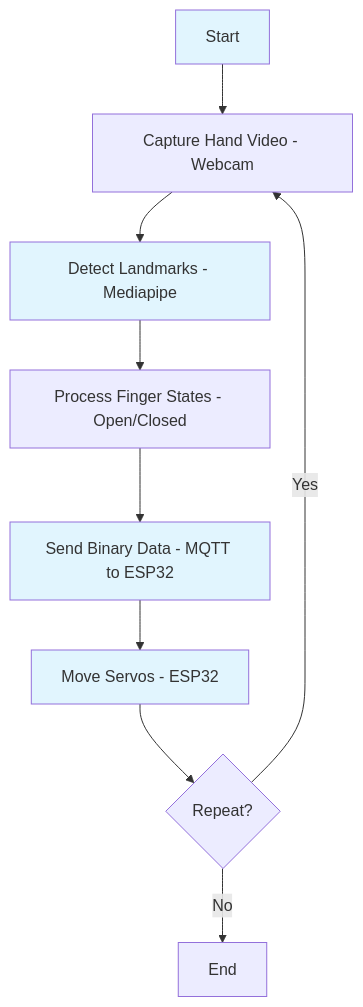
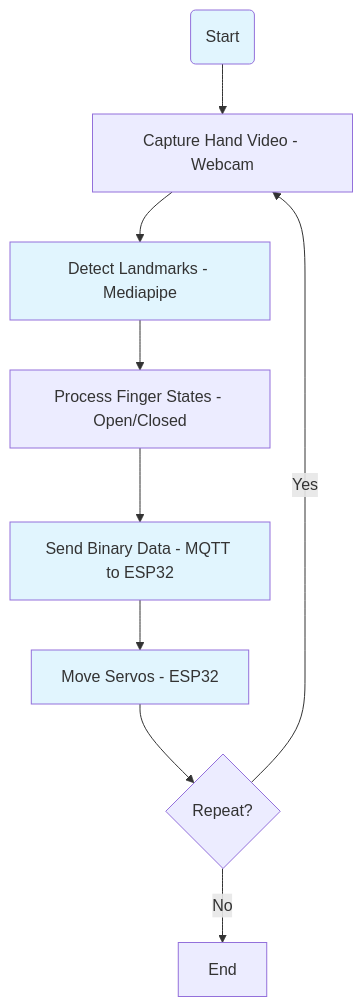
The diagram in README.md (ficrammanifur/Gesture-Clone-Robot), drawn with Mermaid before and after one commit.

````diff
--- a/README.md
+++ b/README.md
@@ -107,16 +107,16 @@
 ```mermaid
 graph TD
-    A[Start] --> B[Capture Hand Video - Webcam]
+    A(Start) --> B[Capture Hand Video - Webcam]
     B --> C[Detect Landmarks - Mediapipe]
     C --> D[Process Finger States - Open/Closed]
     D --> E[Send Binary Data - MQTT to ESP32]
     E --> F[Move Servos - ESP32]
     F --> G{Repeat?}
     G -->|Yes| B
     G -->|No| H[End]
     
     style A fill:#e1f5fe
     style C fill:#e1f5fe
     style E fill:#e1f5fe
     style F fill:#e1f5fe
 ```
````
